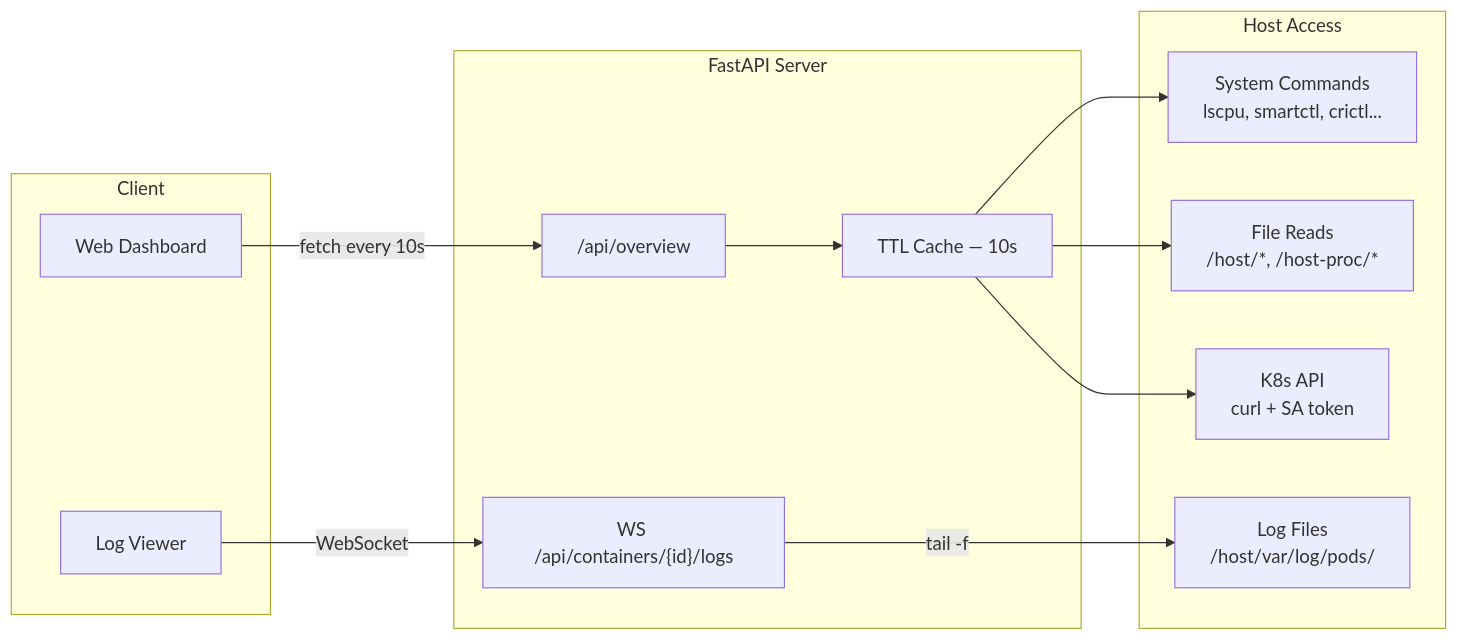
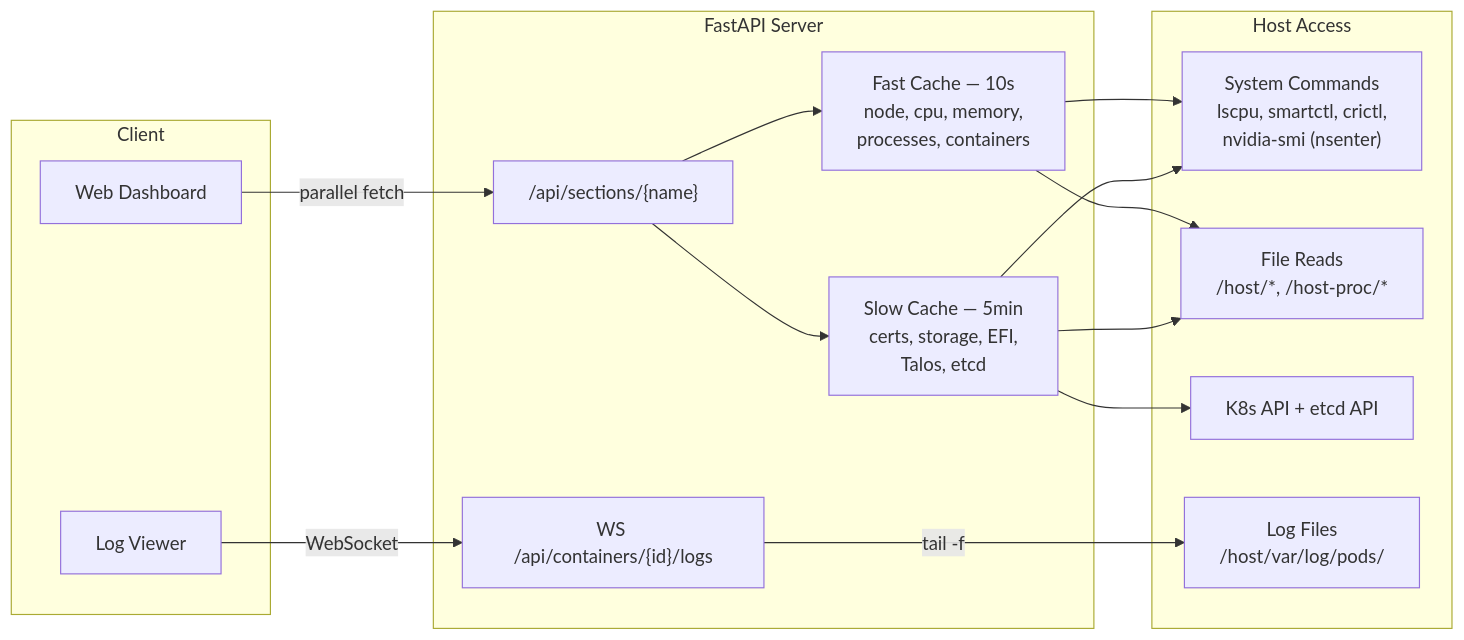
Before and after one commit to samr037/node-debug-dashboard: the second of 3 diagrams in README.md, drawn with Mermaid. The commit also changed other lines of this file and 7 other files, not shown here.

````diff
--- a/README.md
+++ b/README.md
@@ -80,25 +88,28 @@
 ```mermaid
 flowchart LR
     subgraph Client
         Dashboard["Web Dashboard"]
         LogPanel["Log Viewer"]
     end
 
     subgraph API["FastAPI Server"]
-        Overview["/api/overview"]
+        Sections["/api/sections/{name}"]
         WS["WS /api/containers/{id}/logs"]
-        Cache["TTL Cache — 10s"]
+        FastCache["Fast Cache — 10s<br/>node, cpu, memory,<br/>processes, containers"]
+        SlowCache["Slow Cache — 5min<br/>certs, storage, EFI,<br/>Talos, etcd"]
     end
 
     subgraph Host["Host Access"]
-        Cmds["System Commands<br/>lscpu, smartctl, crictl..."]
+        Cmds["System Commands<br/>lscpu, smartctl, crictl,<br/>nvidia-smi (nsenter)"]
         Files["File Reads<br/>/host/*, /host-proc/*"]
-        K8S["K8s API<br/>curl + SA token"]
+        K8S["K8s API + etcd API"]
         Logs["Log Files<br/>/host/var/log/pods/"]
     end
 
-    Dashboard -->|"fetch every 10s"| Overview
+    Dashboard -->|"parallel fetch"| Sections
     LogPanel -->|"WebSocket"| WS
-    Overview --> Cache --> Cmds & Files & K8S
+    Sections --> FastCache & SlowCache
+    FastCache --> Cmds & Files
+    SlowCache --> Cmds & Files & K8S
     WS -->|"tail -f"| Logs
 ```
````
